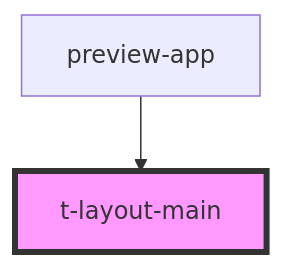
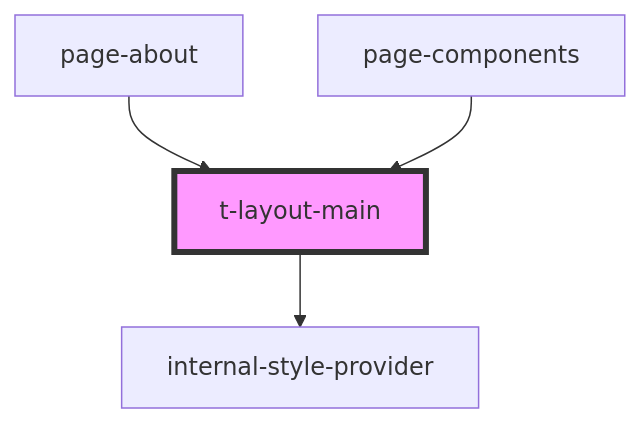
The diagram in packages/stencil/src/components/t-layout-main/readme.md (TomasEng/web-components), drawn with Mermaid before and after one commit. The commit also changed other lines of this file and 19 other files, not shown here.

````diff
--- a/packages/stencil/src/components/t-layout-main/readme.md
+++ b/packages/stencil/src/components/t-layout-main/readme.md
@@ -15,5 +20,7 @@
 ```mermaid
 graph TD;
-  preview-app --> t-layout-main
+  t-layout-main --> internal-style-provider
+  page-about --> t-layout-main
+  page-components --> t-layout-main
   style t-layout-main fill:#f9f,stroke:#333,stroke-width:4px
 ```
````
